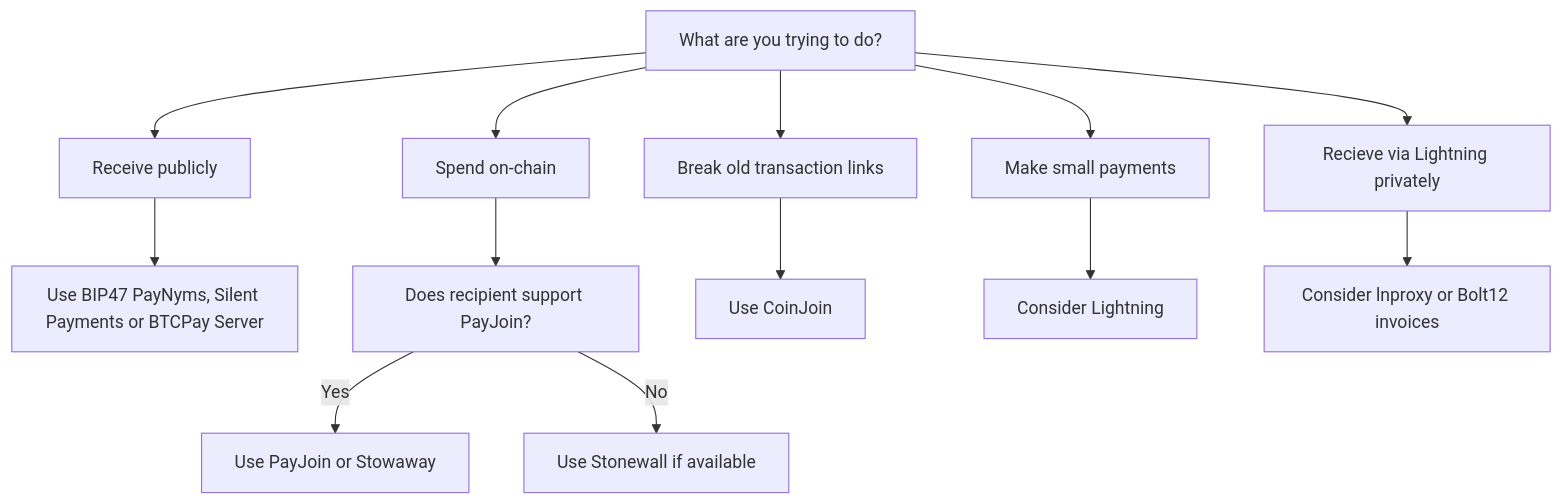
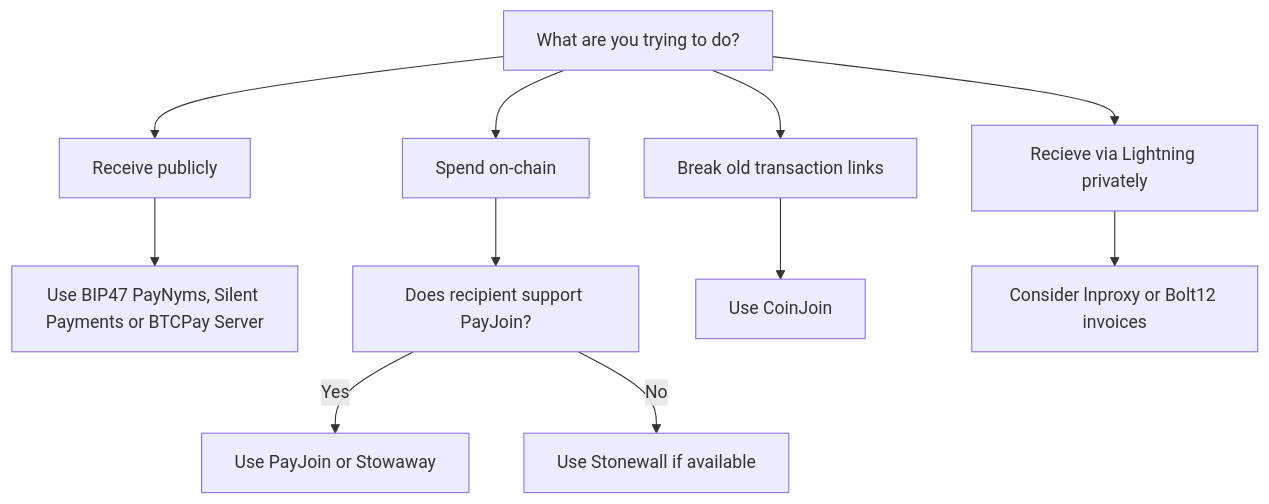
Before and after one commit to vibrant-btc/bitcoinprivacy-wiki: the diagram in docs/techniques/decision-tree.md, drawn with Mermaid.

Commit message:
update tree

````diff
--- a/docs/techniques/decision-tree.md
+++ b/docs/techniques/decision-tree.md
@@ -19,16 +19,14 @@
 ``` mermaid
 graph TD
     A[What are you trying to do?] --> B[Receive publicly]
     A --> C[Spend on-chain]
     A --> D[Break old transaction links]
-    A --> E[Make small payments]
-    A --> F[Recieve via Lightning privately]
+    A --> E[Recieve via Lightning privately]
 
     B --> B1[Use BIP47 PayNyms, Silent Payments or BTCPay Server]
     C --> C1[Does recipient support PayJoin?]
     C1 -->|Yes| C2[Use PayJoin or Stowaway]
     C1 -->|No| C3[Use Stonewall if available]
     D --> D1[Use CoinJoin]
-    E --> E1[Consider Lightning]
-    F --> F1[Consider lnproxy or Bolt12 invoices]
+    E --> E1[Consider lnproxy or Bolt12 invoices]
 ```
````
